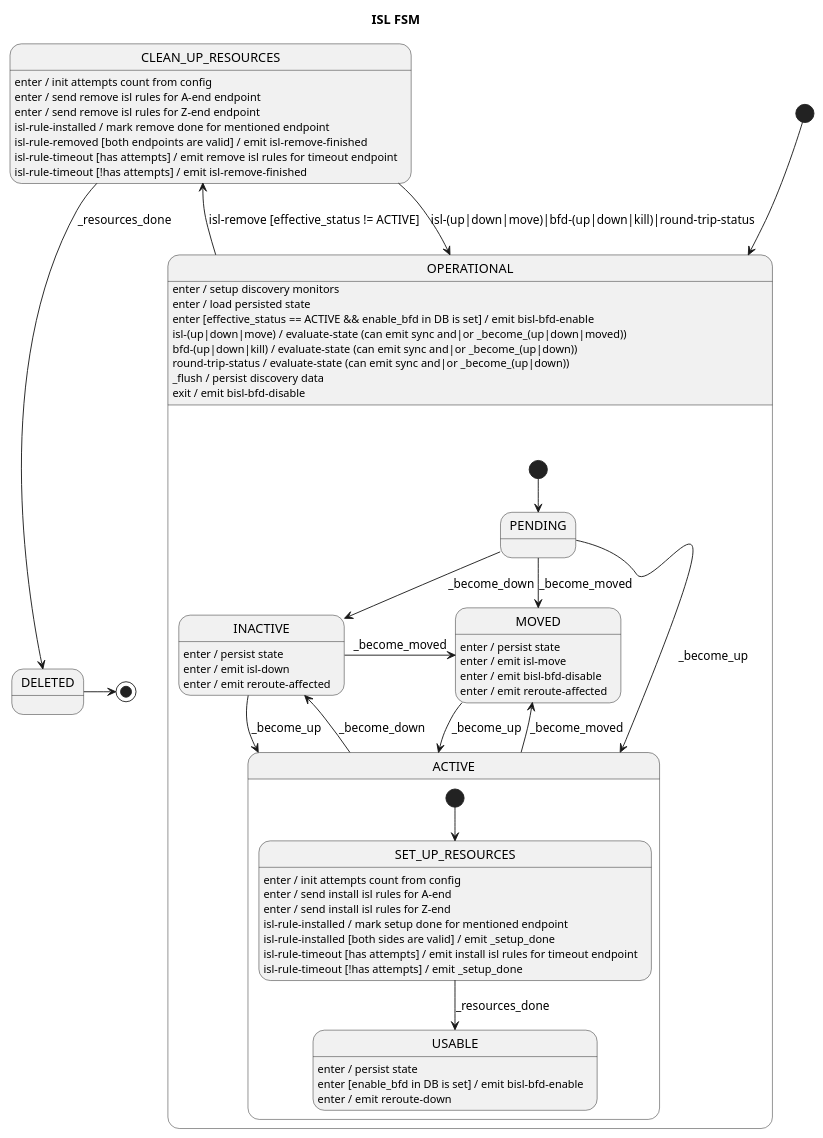
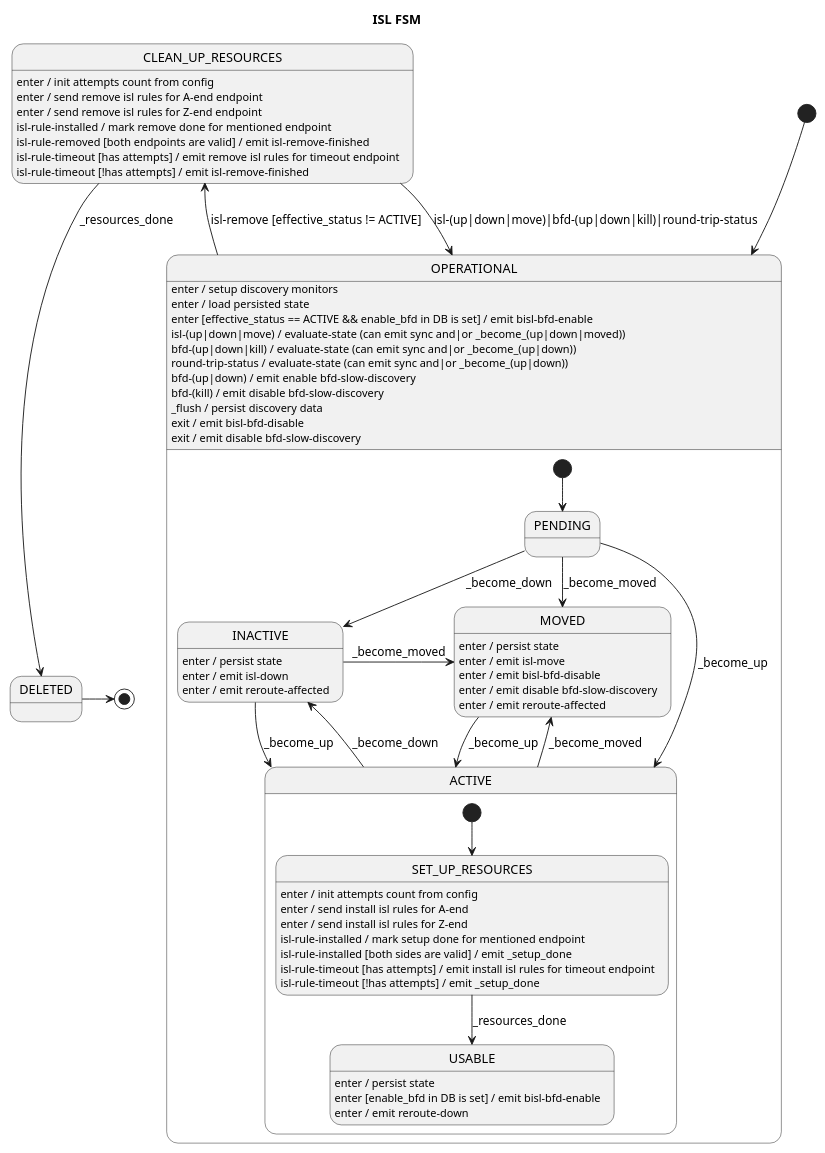
Before and after one commit to telstra/open-kilda: the diagram in docs/design/network-discovery/ISL-FSM.puml, drawn with PlantUML. The commit also changed 4 other files, not shown here.

```diff
--- a/docs/design/network-discovery/ISL-FSM.puml
+++ b/docs/design/network-discovery/ISL-FSM.puml
@@ -27,65 +27,69 @@
 @startuml
 title ISL FSM
 
 [*] --> OPERATIONAL
 
 state OPERATIONAL {
     [*] --> PENDING
 
     PENDING --> ACTIVE : _become_up
     PENDING --> INACTIVE : _become_down
     PENDING --> MOVED : _become_moved
 
     state ACTIVE {
         [*] --> SET_UP_RESOURCES
 
         SET_UP_RESOURCES --> USABLE : _resources_done
         SET_UP_RESOURCES : enter / init attempts count from config
         SET_UP_RESOURCES : enter / send install isl rules for A-end
         SET_UP_RESOURCES : enter / send install isl rules for Z-end
         SET_UP_RESOURCES : isl-rule-installed / mark setup done for mentioned endpoint
         SET_UP_RESOURCES : isl-rule-installed [both sides are valid] / emit _setup_done
         SET_UP_RESOURCES : isl-rule-timeout [has attempts] / emit install isl rules for timeout endpoint
         SET_UP_RESOURCES : isl-rule-timeout [!has attempts] / emit _setup_done
 
         USABLE : enter / persist state
         USABLE : enter [enable_bfd in DB is set] / emit bisl-bfd-enable
         USABLE : enter / emit reroute-down
     }
     ACTIVE --> INACTIVE : _become_down
     ACTIVE --> MOVED : _become_moved
 
     INACTIVE --> ACTIVE : _become_up
     INACTIVE -r-> MOVED : _become_moved
     INACTIVE : enter / persist state
     INACTIVE : enter / emit isl-down
     INACTIVE : enter / emit reroute-affected
 
     MOVED --> ACTIVE : _become_up
     MOVED : enter / persist state
     MOVED : enter / emit isl-move
     MOVED : enter / emit bisl-bfd-disable
+    MOVED : enter / emit disable bfd-slow-discovery
     MOVED : enter / emit reroute-affected
 }
 OPERATIONAL --> CLEAN_UP_RESOURCES : isl-remove [effective_status != ACTIVE]
 OPERATIONAL : enter / setup discovery monitors
 OPERATIONAL : enter / load persisted state
 OPERATIONAL : enter [effective_status == ACTIVE && enable_bfd in DB is set] / emit bisl-bfd-enable
 OPERATIONAL : isl-(up|down|move) / evaluate-state (can emit sync and|or _become_(up|down|moved))
 OPERATIONAL : bfd-(up|down|kill) / evaluate-state (can emit sync and|or _become_(up|down))
 OPERATIONAL : round-trip-status / evaluate-state (can emit sync and|or _become_(up|down))
+OPERATIONAL : bfd-(up|down) / emit enable bfd-slow-discovery
+OPERATIONAL : bfd-(kill) / emit disable bfd-slow-discovery
 OPERATIONAL : _flush / persist discovery data
 OPERATIONAL : exit / emit bisl-bfd-disable
+OPERATIONAL : exit / emit disable bfd-slow-discovery
 
 CLEAN_UP_RESOURCES : enter / init attempts count from config
 CLEAN_UP_RESOURCES : enter / send remove isl rules for A-end endpoint
 CLEAN_UP_RESOURCES : enter / send remove isl rules for Z-end endpoint
 CLEAN_UP_RESOURCES : isl-rule-installed / mark remove done for mentioned endpoint
 CLEAN_UP_RESOURCES : isl-rule-removed [both endpoints are valid] / emit isl-remove-finished
 CLEAN_UP_RESOURCES : isl-rule-timeout [has attempts] / emit remove isl rules for timeout endpoint
 CLEAN_UP_RESOURCES : isl-rule-timeout [!has attempts] / emit isl-remove-finished
 CLEAN_UP_RESOURCES --> DELETED : _resources_done
 CLEAN_UP_RESOURCES --> OPERATIONAL : isl-(up|down|move)|bfd-(up|down|kill)|round-trip-status
 
 DELETED -> [*]
 @enduml
```
